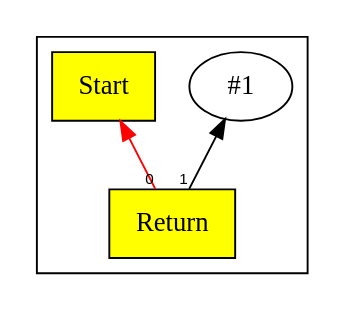
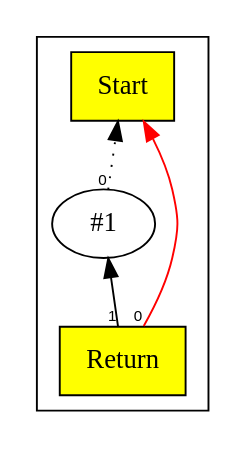
Before and after one commit to SeaOfNodes/Simple: the diagram in chapter01/docs/01-graph.gv, drawn with Graphviz. The commit also changed 2 other files, not shown here.

```diff
--- a/chapter01/docs/01-graph.gv
+++ b/chapter01/docs/01-graph.gv
@@ -1,16 +1,17 @@
 digraph chapter01 {
 /*
 return 1;
 */
 	rankdir=BT;
 	ordering="in";
 	concentrate="true";
 	subgraph cluster_Nodes {
 		Start1 [ shape=box style=filled fillcolor=yellow label="Start" ];
 		Con_2 [ label="#1" ];
 		Return3 [ shape=box style=filled fillcolor=yellow label="Return" ];
 	}
 	edge [ fontname=Helvetica, fontsize=8 ];
-	Return3 -> Start1[taillabel=0; color=red];
+	Con_2 -> Start1[taillabel=0 style=dotted];
+	Return3 -> Start1[taillabel=0 color=red];
 	Return3 -> Con_2[taillabel=1];
 }
```
